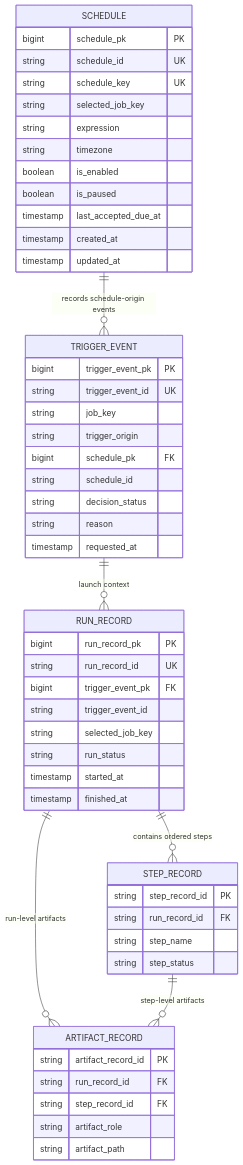
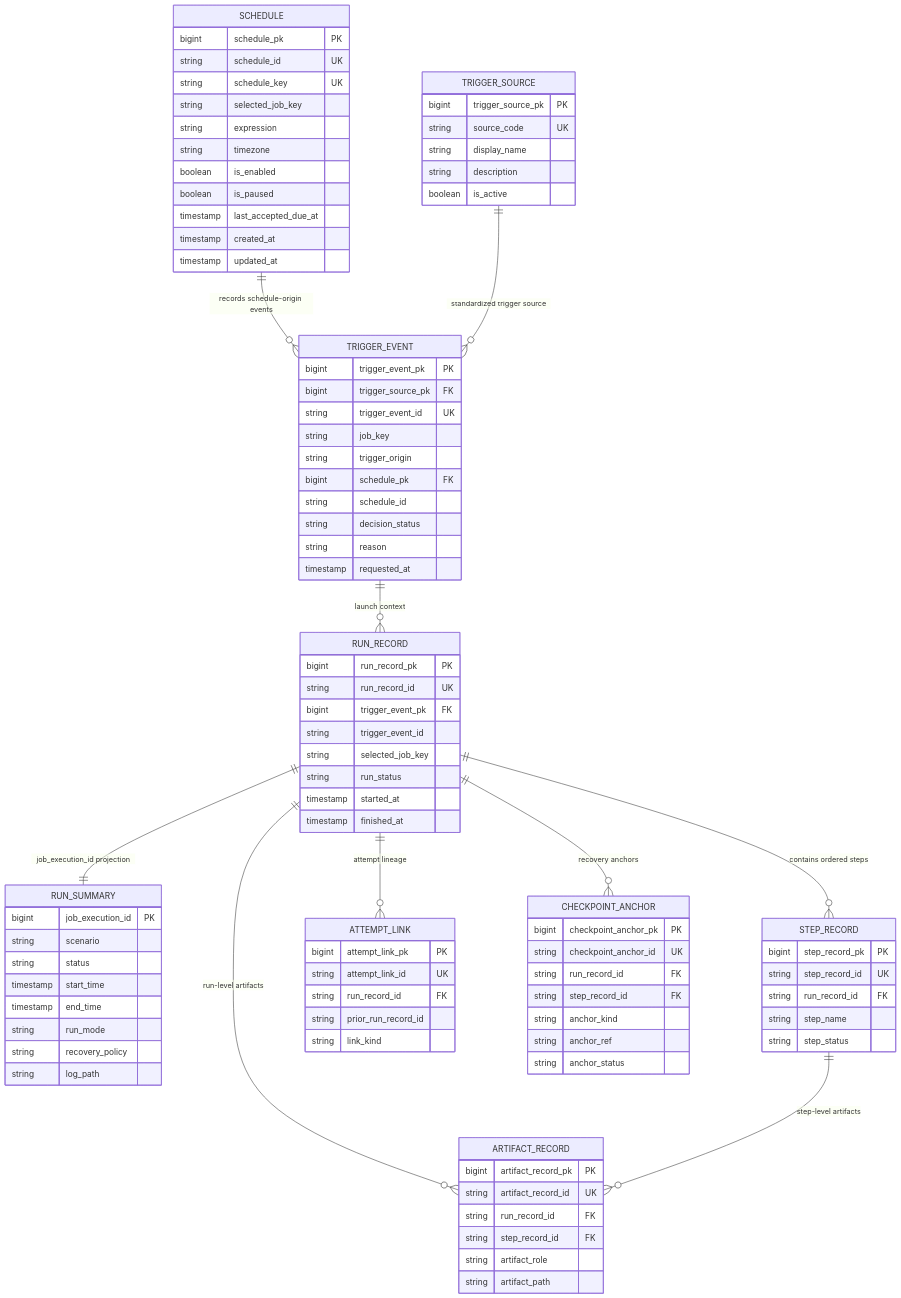
Before and after one commit to kbalanandam/spring-etl-engine: the second of 2 diagrams in docs/architecture/control-plane/control-plane-local-relational-schema.md, drawn with Mermaid. The commit also changed other lines of this file and 36 other files, not shown here.

````diff
--- a/docs/architecture/control-plane/control-plane-local-relational-schema.md
+++ b/docs/architecture/control-plane/control-plane-local-relational-schema.md
@@ -116,8 +119,17 @@
         timestamp updated_at
     }
 
+    TRIGGER_SOURCE {
+        bigint trigger_source_pk PK
+        string source_code UK
+        string display_name
+        string description
+        boolean is_active
+    }
+
     TRIGGER_EVENT {
         bigint trigger_event_pk PK
+        bigint trigger_source_pk FK
         string trigger_event_id UK
         string job_key
         string trigger_origin
@@ -139,24 +151,59 @@
         timestamp finished_at
     }
 
+    RUN_SUMMARY {
+        bigint job_execution_id PK
+        string scenario
+        string status
+        timestamp start_time
+        timestamp end_time
+        string run_mode
+        string recovery_policy
+        string log_path
+    }
+
     STEP_RECORD {
-        string step_record_id PK
+        bigint step_record_pk PK
+        string step_record_id UK
         string run_record_id FK
         string step_name
         string step_status
     }
 
     ARTIFACT_RECORD {
-        string artifact_record_id PK
+        bigint artifact_record_pk PK
+        string artifact_record_id UK
         string run_record_id FK
         string step_record_id FK
         string artifact_role
         string artifact_path
     }
 
+    ATTEMPT_LINK {
+        bigint attempt_link_pk PK
+        string attempt_link_id UK
+        string run_record_id FK
+        string prior_run_record_id
+        string link_kind
+    }
+
+    CHECKPOINT_ANCHOR {
+        bigint checkpoint_anchor_pk PK
+        string checkpoint_anchor_id UK
+        string run_record_id FK
+        string step_record_id FK
+        string anchor_kind
+        string anchor_ref
+        string anchor_status
+    }
+
     SCHEDULE ||--o{ TRIGGER_EVENT : "records schedule-origin events"
+    TRIGGER_SOURCE ||--o{ TRIGGER_EVENT : "standardized trigger source"
     TRIGGER_EVENT ||--o{ RUN_RECORD : "launch context"
+    RUN_RECORD ||--|| RUN_SUMMARY : "job_execution_id projection"
     RUN_RECORD ||--o{ STEP_RECORD : "contains ordered steps"
     RUN_RECORD ||--o{ ARTIFACT_RECORD : "run-level artifacts"
     STEP_RECORD ||--o{ ARTIFACT_RECORD : "step-level artifacts"
+    RUN_RECORD ||--o{ ATTEMPT_LINK : "attempt lineage"
+    RUN_RECORD ||--o{ CHECKPOINT_ANCHOR : "recovery anchors"
 ```
````
